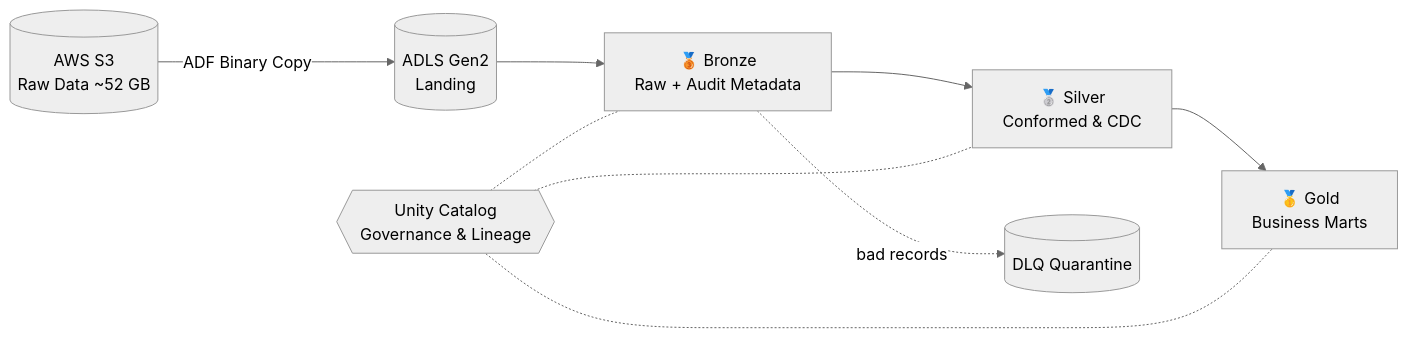
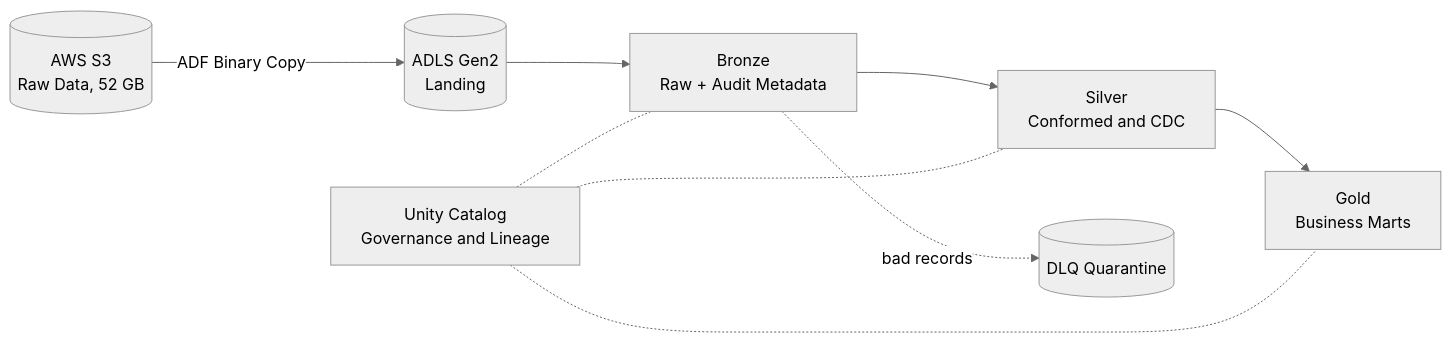
Before and after one commit to nikhilchoudhary28/azure-databricks-ecommerce-lakehouse: the diagram in README.md, drawn with Mermaid (neutral theme).

Commit message:
Improve README with architecture diagram and layer breakdown

````diff
--- a/README.md
+++ b/README.md
@@ -36,11 +36,12 @@
 ```mermaid
 flowchart LR
-    A[(AWS S3<br/>Raw Data ~52 GB)] -->|ADF Binary Copy| B[(ADLS Gen2<br/>Landing)]
-    B --> C[🥉 Bronze<br/>Raw + Audit Metadata]
-    C --> D[🥈 Silver<br/>Conformed & CDC]
-    D --> E[🥇 Gold<br/>Business Marts]
-    C -. bad records .-> Q[(DLQ Quarantine)]
-    UC{{Unity Catalog<br/>Governance & Lineage}} -.- C
+    A[("AWS S3<br/>Raw Data, 52 GB")] -->|"ADF Binary Copy"| B[("ADLS Gen2<br/>Landing")]
+    B --> C["Bronze<br/>Raw + Audit Metadata"]
+    C --> D["Silver<br/>Conformed and CDC"]
+    D --> E["Gold<br/>Business Marts"]
+    C -.->|"bad records"| Q[("DLQ Quarantine")]
+    UC["Unity Catalog<br/>Governance and Lineage"]
+    UC -.- C
     UC -.- D
     UC -.- E
 ```
````
